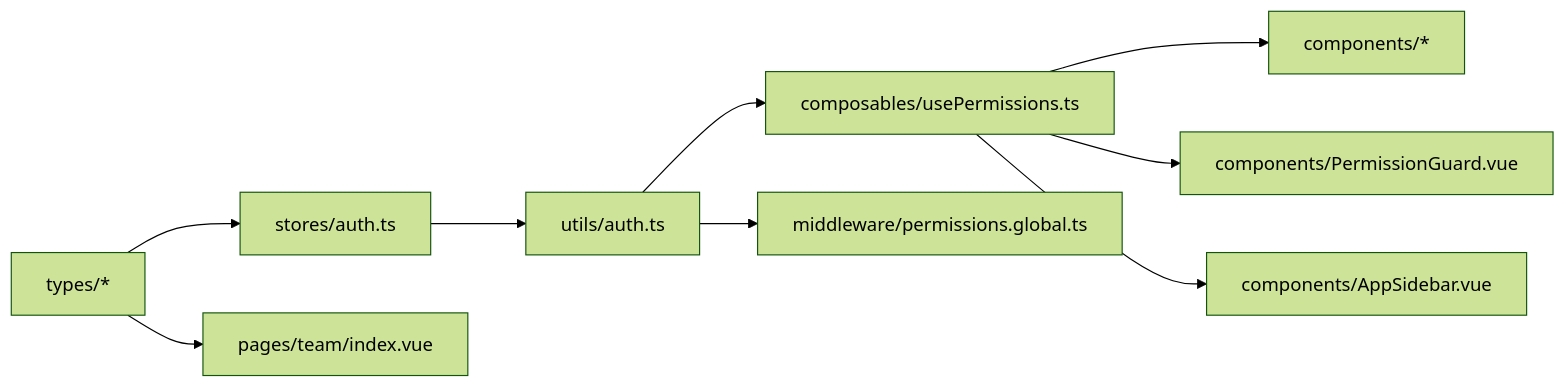
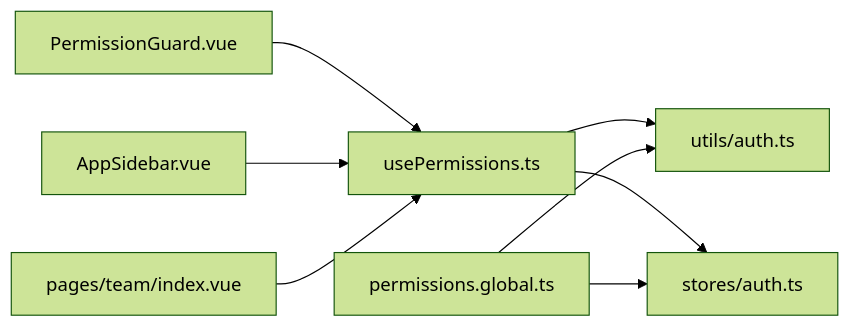
Before and after one commit to Lazynerd-Studios/lacarte-atlas-console: the third of 3 diagrams in .qoder/repowiki/en/content/Authentication & Authorization/Permission System.md, drawn with Mermaid (forest theme). The commit also changed other lines of this file and 139 other files, not shown here.

````diff
--- a/.qoder/repowiki/en/content/Authentication & Authorization/Permission System.md
+++ b/.qoder/repowiki/en/content/Authentication & Authorization/Permission System.md
@@ -376,11 +305,10 @@
 ```mermaid
 graph LR
-Types["types/*"] --> Store["stores/auth.ts"]
-Store --> Utils["utils/auth.ts"]
-Utils --> Composable["composables/usePermissions.ts"]
-Composable --> Components["components/*"]
-Utils --> Middleware["middleware/permissions.global.ts"]
-Composable --> Guard["components/PermissionGuard.vue"]
-Composable --> Sidebar["components/AppSidebar.vue"]
-Types --> Pages["pages/team/index.vue"]
+UP["usePermissions.ts"] --> AU["utils/auth.ts"]
+UP --> AS["stores/auth.ts"]
+PG["PermissionGuard.vue"] --> UP
+MW["permissions.global.ts"] --> AU
+MW --> AS
+Sidebar["AppSidebar.vue"] --> UP
+TeamPage["pages/team/index.vue"] --> UP
 ```
````
